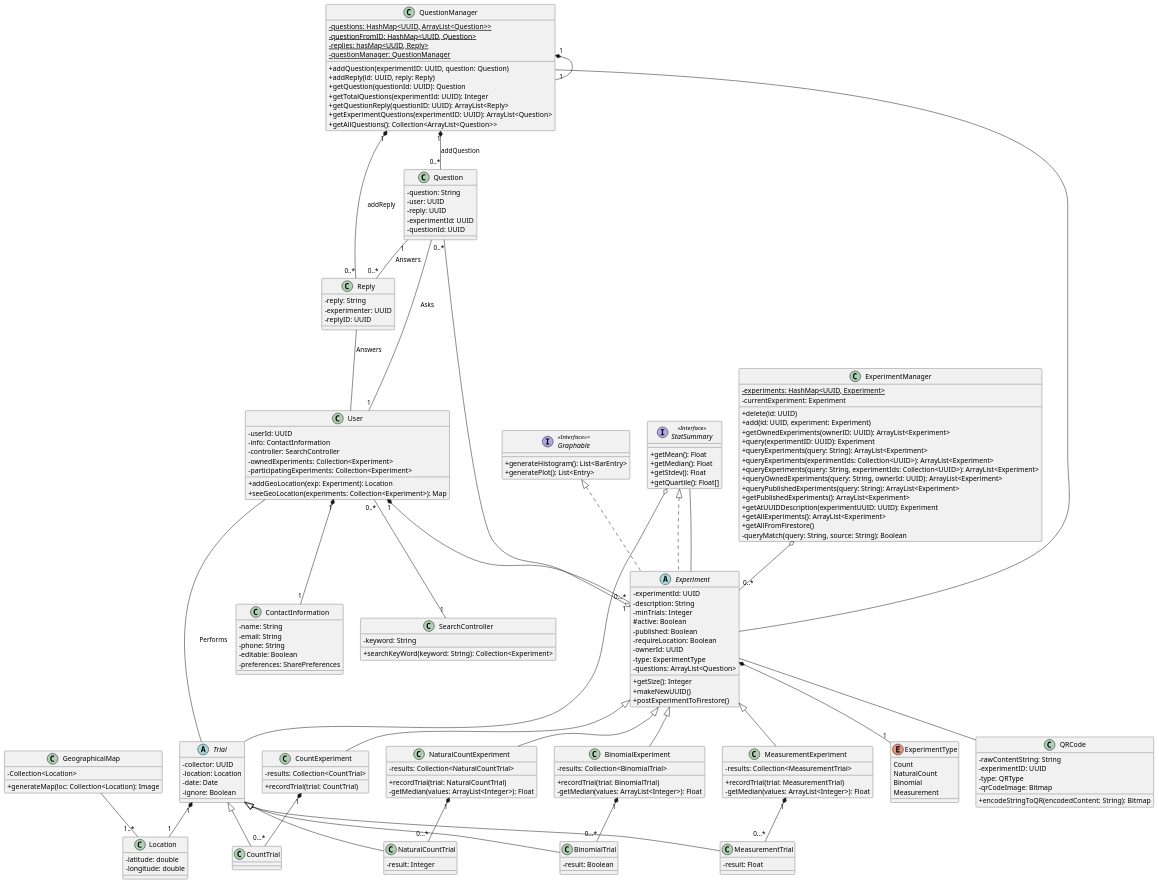
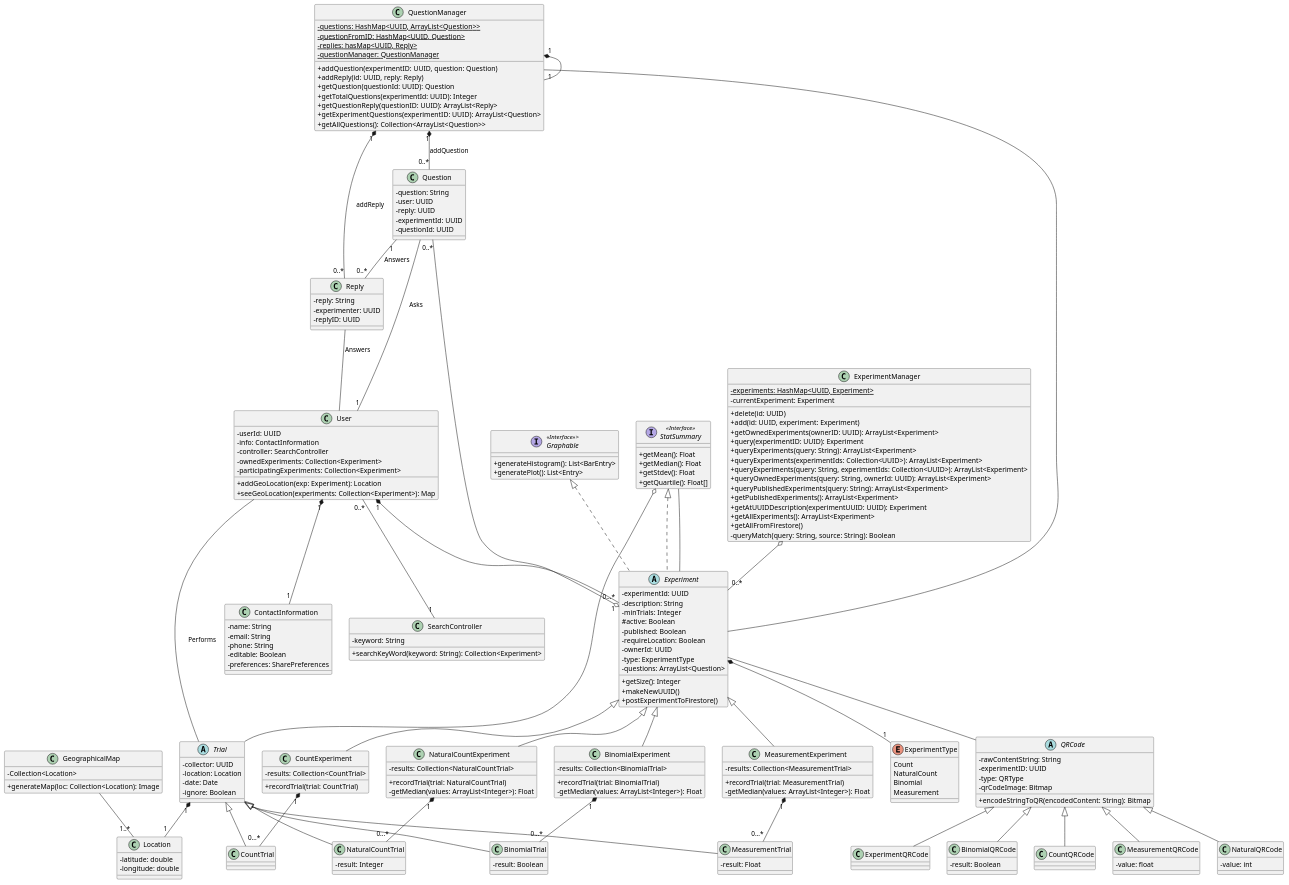
One commit to CMPUT301W21T03/Experiment-Automata changed the diagram in doc/uml/uml.puml. Above: the diagram before and after it, drawn with PlantUML. The commit also changed 1 other file, not shown here.

Commit message:
Updated UML

```diff
--- a/doc/uml/uml.puml
+++ b/doc/uml/uml.puml
@@ -170,15 +170,29 @@
     -result: Float
 }
 
-class QRCode {
+abstract class QRCode {
 	- rawContentString: String
 	- experimentID: UUID
 	- type: QRType
 	- qrCodeImage: Bitmap
-	
 	+ encodeStringToQR(encodedContent: String): Bitmap
 }
 
+class ExperimentQRCode extends QRCode {}
+
+class BinomialQRCode extends QRCode{
+    - result: Boolean
+}
+
+class CountQRCode extends QRCode{}
+
+class MeasurementQRCode extends QRCode{
+    -value: float
+}
+
+class NaturalQRCode extends QRCode{
+    -value: int
+}
 
 class Location {
   -latitude: double
```
